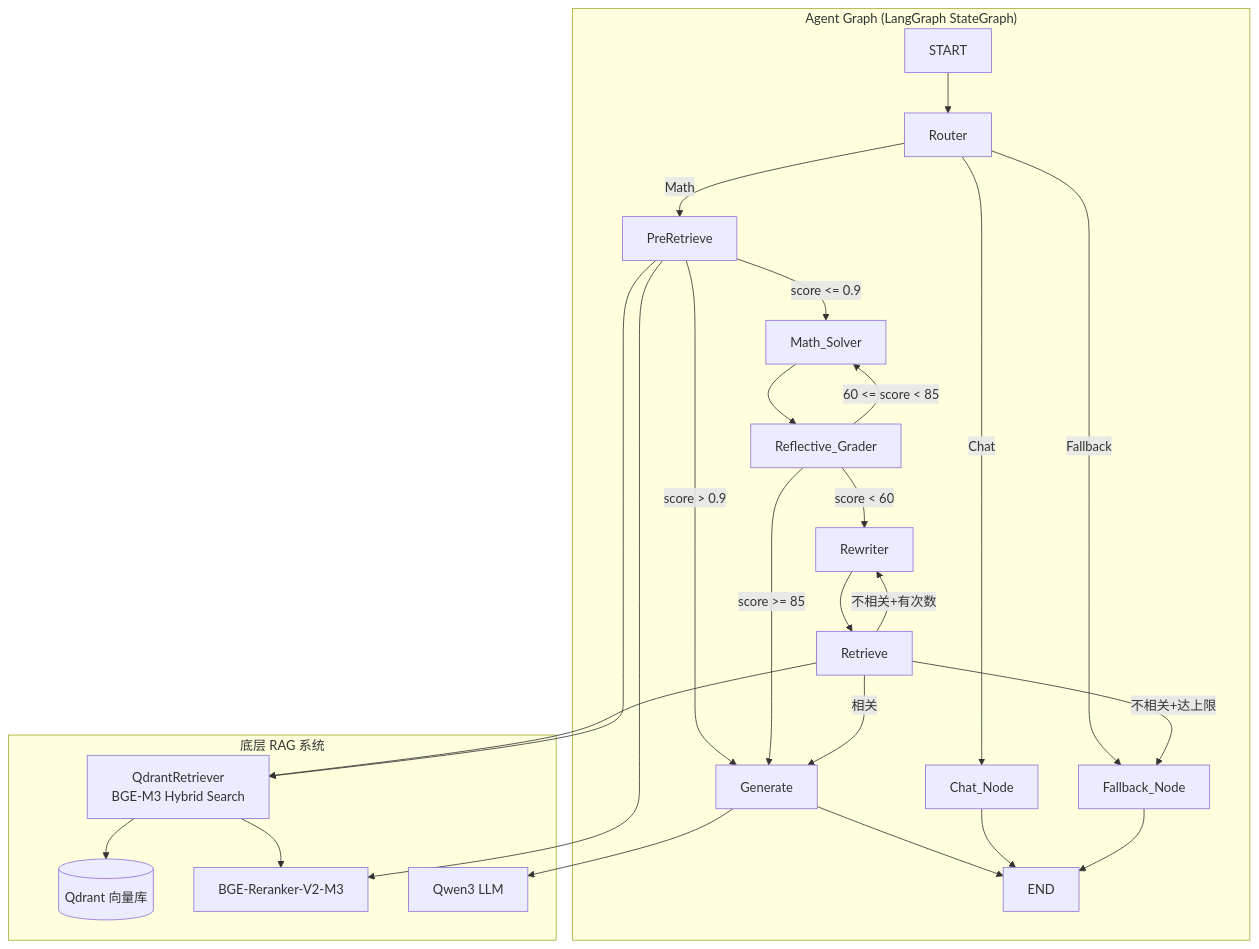
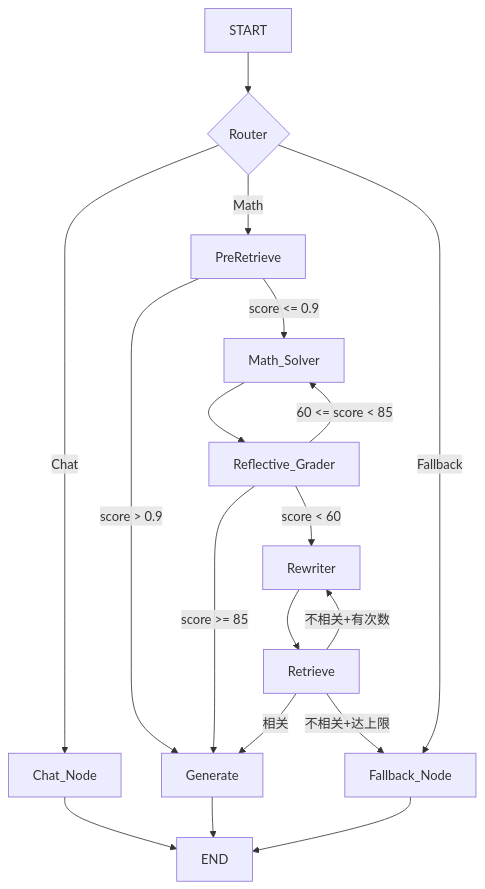
One commit to ycjcx123/Math_RAG_System changed the diagram in doc/agent_report.md. Above: the diagram before and after it, drawn with Mermaid. The commit also changed other lines of this file and 7 other files, not shown here.

````diff
--- a/doc/agent_report.md
+++ b/doc/agent_report.md
@@ -242,40 +303,24 @@
 ```mermaid
 graph TD
-    subgraph "Agent Graph (LangGraph StateGraph)"
-        START --> Router
-        Router -- Chat --> Chat_Node
-        Router -- Math --> PreRetrieve
-        Router -- Fallback --> Fallback_Node
+    START --> Router{Router}
+    Router -- Chat --> Chat_Node
+    Router -- Math --> PreRetrieve
+    Router -- Fallback --> Fallback_Node
 
-        PreRetrieve -- score > 0.9 --> Generate
-        PreRetrieve -- score <= 0.9 --> Math_Solver
+    PreRetrieve -- score > 0.9 --> Generate
+    PreRetrieve -- score <= 0.9 --> Math_Solver
 
-        Math_Solver --> Reflective_Grader
-        Reflective_Grader -- score >= 85 --> Generate
-        Reflective_Grader -- 60 <= score < 85 --> Math_Solver
-        Reflective_Grader -- score < 60 --> Rewriter
+    Math_Solver --> Reflective_Grader
+    Reflective_Grader -- score >= 85 --> Generate
+    Reflective_Grader -- 60 <= score < 85 --> Math_Solver
+    Reflective_Grader -- score < 60 --> Rewriter
 
-        Rewriter --> Retrieve
-        Retrieve -- 相关 --> Generate
-        Retrieve -- 不相关+有次数 --> Rewriter
-        Retrieve -- 不相关+达上限 --> Fallback_Node
+    Rewriter --> Retrieve
+    Retrieve -- 相关 --> Generate
+    Retrieve -- 不相关+有次数 --> Rewriter
+    Retrieve -- 不相关+达上限 --> Fallback_Node
 
-        Generate --> END
-        Chat_Node --> END
-        Fallback_Node --> END
-    end
-
-    subgraph "底层 RAG 系统"
-        Qdrant[(Qdrant 向量库)]
-        Retriever[QdrantRetriever<br/>BGE-M3 Hybrid Search]
-        Reranker[BGE-Reranker-V2-M3]
-        Generator[Qwen3 LLM]
-    end
-
-    Retrieve --> Retriever
-    Retriever --> Qdrant
-    Retriever --> Reranker
-    Generate --> Generator
-    PreRetrieve --> Retriever
-    PreRetrieve --> Reranker
+    Generate --> END
+    Chat_Node --> END
+    Fallback_Node --> END
 ```
````
